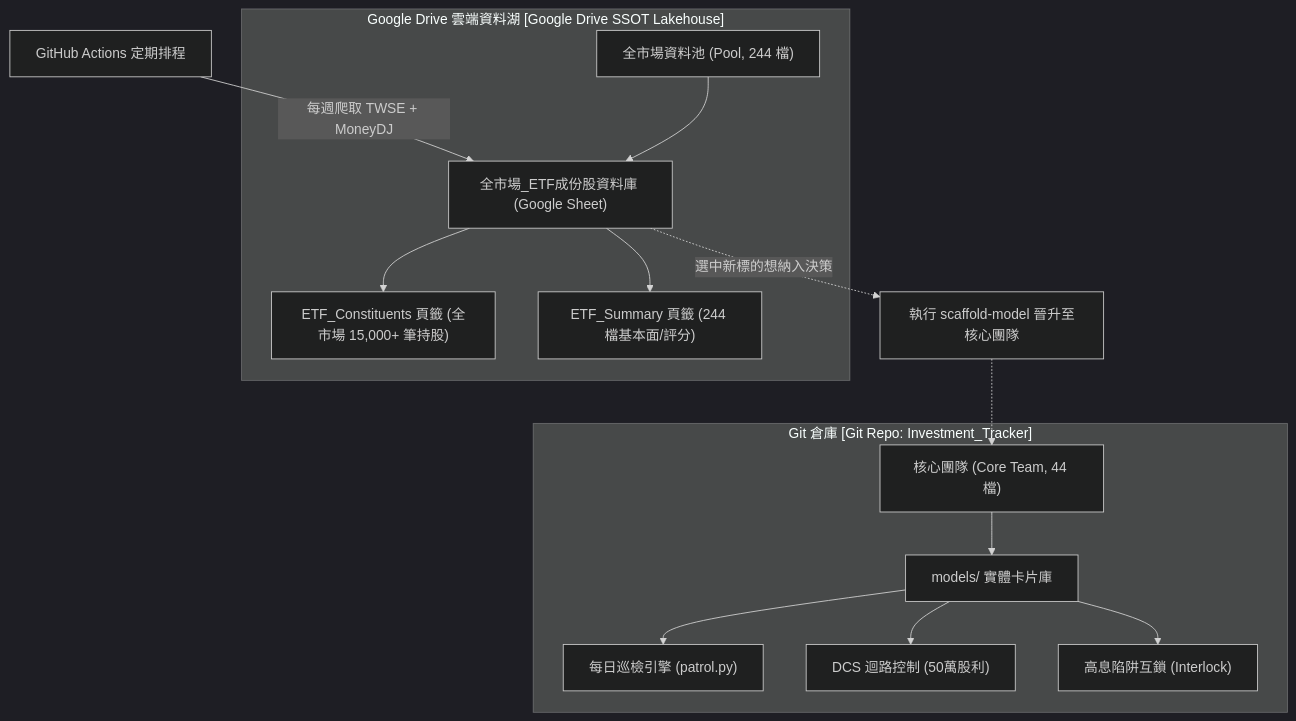
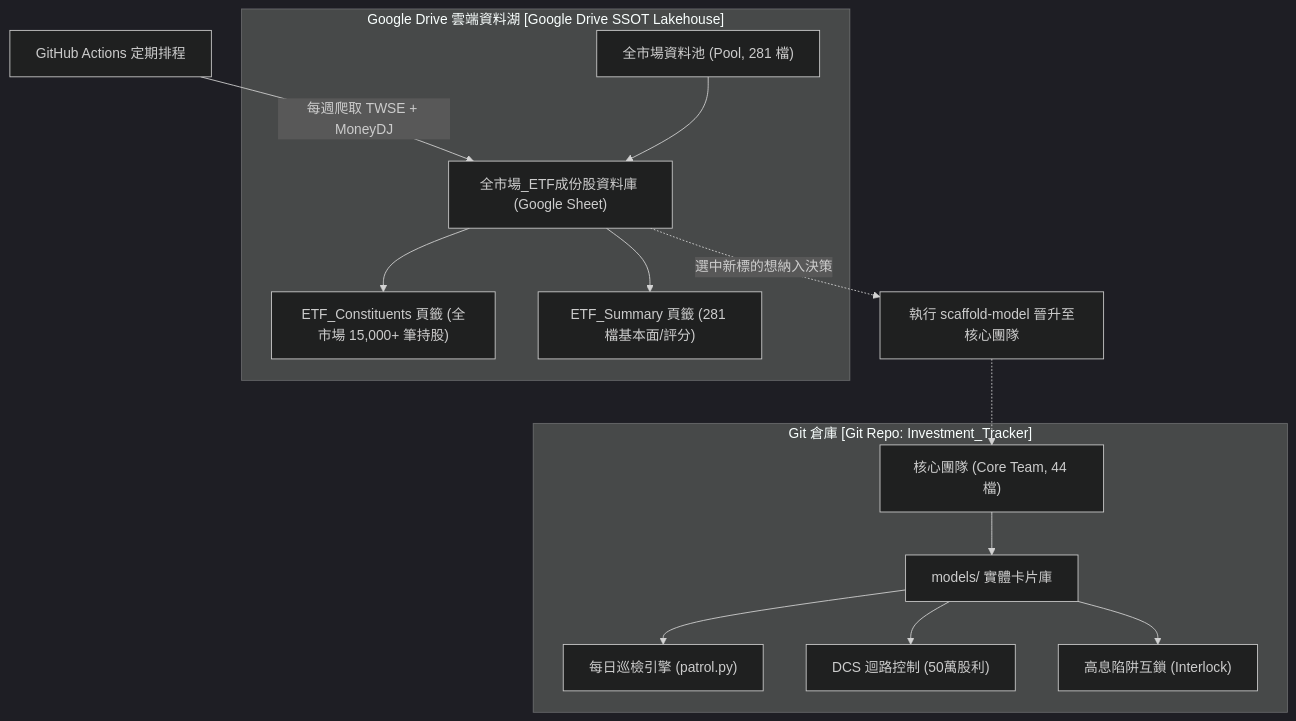
Before and after one commit to HachiTsai/Investment_Tracker: the first of 2 diagrams in .claude/workflows/market-etf-pool.md, drawn with Mermaid (dark theme). The commit also changed 4 other files, not shown here.

````diff
--- a/.claude/workflows/market-etf-pool.md
+++ b/.claude/workflows/market-etf-pool.md
@@ -11,31 +11,31 @@
 ```mermaid
 flowchart TD
     GHA["GitHub Actions 定期排程"] -->|每週爬取 TWSE + MoneyDJ| Sheet
 
     subgraph GDrive ["Google Drive 雲端資料湖 [Google Drive SSOT Lakehouse]"]
-        Pool["全市場資料池 (Pool, 244 檔)"]
+        Pool["全市場資料池 (Pool, 281 檔)"]
         Sheet["全市場_ETF成份股資料庫 (Google Sheet)"]
         Const["ETF_Constituents 頁籤 (全市場 15,000+ 筆持股)"]
-        Summ["ETF_Summary 頁籤 (244 檔基本面/評分)"]
+        Summ["ETF_Summary 頁籤 (281 檔基本面/評分)"]
 
         Pool --> Sheet
         Sheet --> Const
         Sheet --> Summ
     end
 
     Sheet -.->|選中新標的想納入決策| Promo["執行 scaffold-model 晉升至核心團隊"]
     Promo -.-> Core
 
     subgraph GitRepo ["Git 倉庫 [Git Repo: Investment_Tracker]"]
         Core["核心團隊 (Core Team, 44 檔)"]
         Models["models/ 實體卡片庫"]
         Patrol["每日巡檢引擎 (patrol.py)"]
         Loop["DCS 迴路控制 (50萬股利)"]
         Interlock["高息陷阱互鎖 (Interlock)"]
 
         Core --> Models
         Models --> Patrol
         Models --> Loop
         Models --> Interlock
     end
 ```
````
